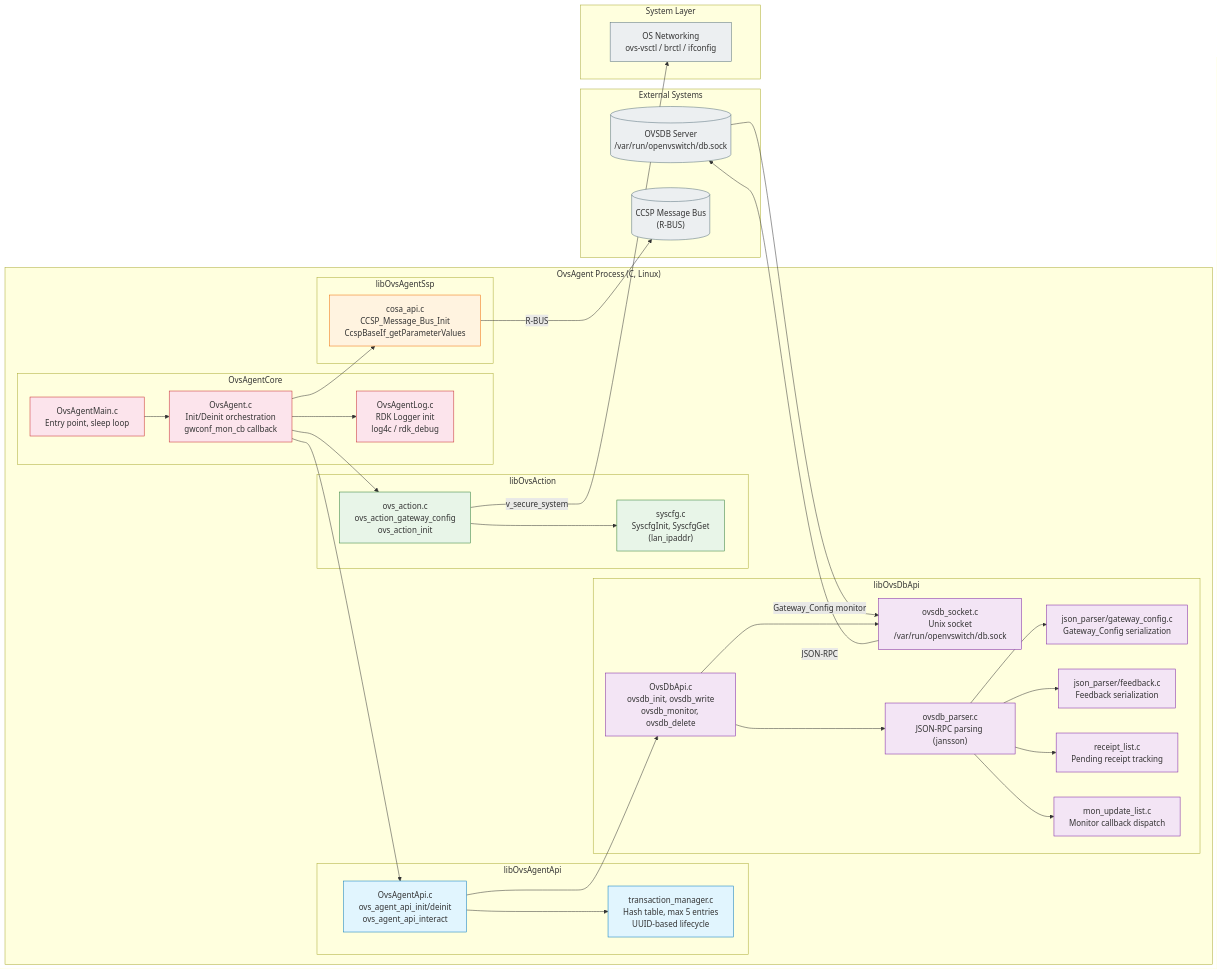
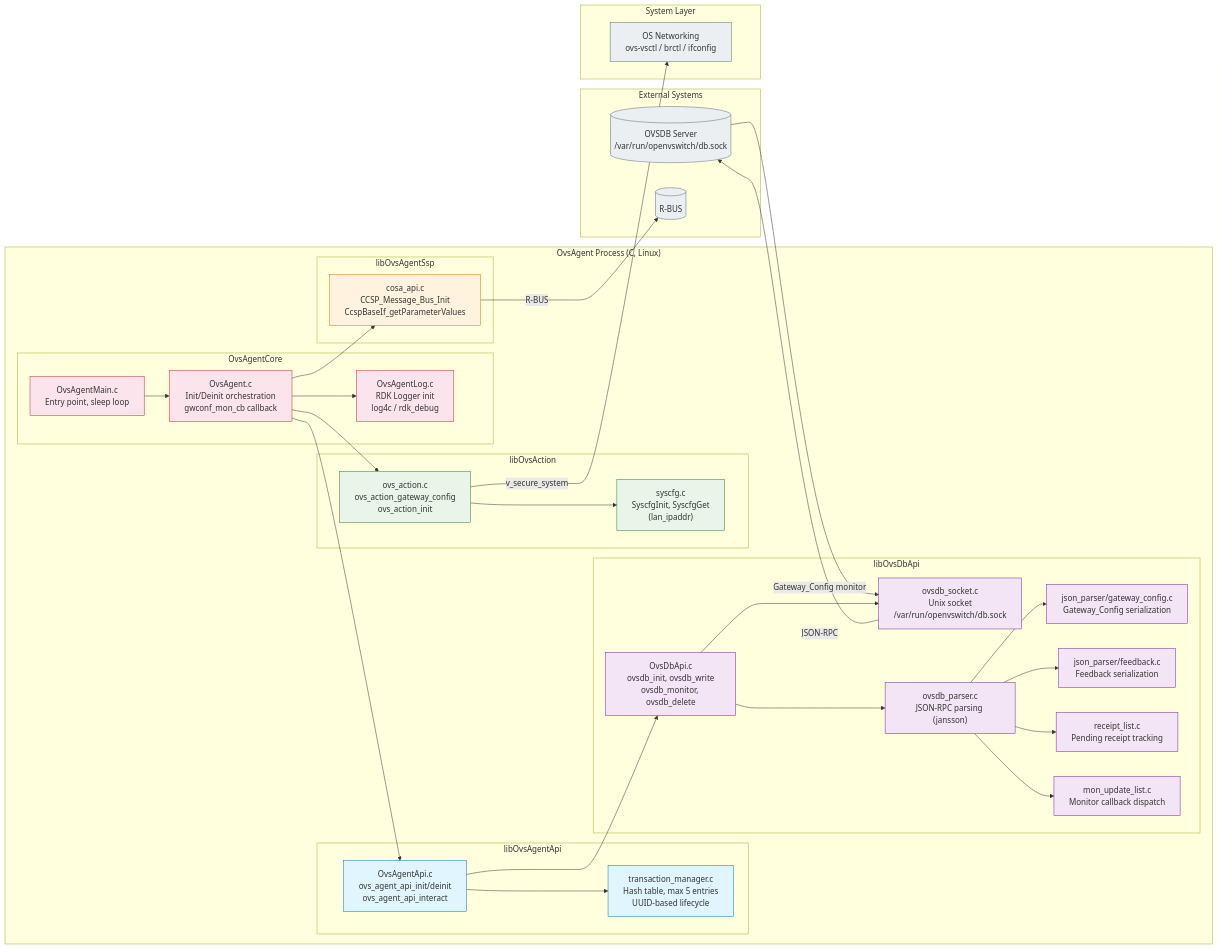
Before and after one commit to rns21/RDK_Documentation: the second of 6 diagrams in docs/docu/dec17/open-virtual-switch-agent.md, drawn with Mermaid. The commit also changed other lines of this file, not shown here.

````diff
--- a/docs/docu/dec17/open-virtual-switch-agent.md
+++ b/docs/docu/dec17/open-virtual-switch-agent.md
@@ -72,76 +72,76 @@
 ```mermaid
 graph LR
     subgraph ExtSys ["External Systems"]
         OvsDbSrv[("OVSDB Server\n/var/run/openvswitch/db.sock")]
-        CcspBus[("CCSP Message Bus\n(R-BUS)")]
+        CcspBus[("R-BUS")]
     end
 
     subgraph OvsAgentProc ["OvsAgent Process (C, Linux)"]
         subgraph Core ["OvsAgentCore"]
             Main["OvsAgentMain.c\nEntry point, sleep loop"]
             Agent["OvsAgent.c\nInit/Deinit orchestration\ngwconf_mon_cb callback"]
             Log["OvsAgentLog.c\nRDK Logger init\nlog4c / rdk_debug"]
         end
 
         subgraph ApiLib ["libOvsAgentApi"]
             Api["OvsAgentApi.c\novs_agent_api_init/deinit\novs_agent_api_interact"]
             TxMgr["transaction_manager.c\nHash table, max 5 entries\nUUID-based lifecycle"]
         end
 
         subgraph DbLib ["libOvsDbApi"]
             DbApi["OvsDbApi.c\novsdb_init, ovsdb_write\novsdb_monitor, ovsdb_delete"]
             Sock["ovsdb_socket.c\nUnix socket\n/var/run/openvswitch/db.sock"]
             Parser["ovsdb_parser.c\nJSON-RPC parsing (jansson)"]
             GwJson["json_parser/gateway_config.c\nGateway_Config serialization"]
             FbJson["json_parser/feedback.c\nFeedback serialization"]
             RecvList["receipt_list.c\nPending receipt tracking"]
             MonList["mon_update_list.c\nMonitor callback dispatch"]
         end
 
         subgraph ActionLib ["libOvsAction"]
             Action["ovs_action.c\novs_action_gateway_config\novs_action_init"]
             Syscfg["syscfg.c\nSyscfgInit, SyscfgGet\n(lan_ipaddr)"]
         end
 
         subgraph SspLib ["libOvsAgentSsp"]
             Cosa["cosa_api.c\nCCSP_Message_Bus_Init\nCcspBaseIf_getParameterValues"]
         end
     end
 
     subgraph OsLayer ["System Layer"]
         OsNet["OS Networking\novs-vsctl / brctl / ifconfig"]
     end
 
     OvsDbSrv -->|"Gateway_Config monitor"| Sock
     Main --> Agent
     Agent --> Log
     Agent --> Api
     Agent --> Action
     Agent --> Cosa
     Api --> TxMgr
     Api --> DbApi
     DbApi --> Sock
     DbApi --> Parser
     Parser --> GwJson
     Parser --> FbJson
     Parser --> RecvList
     Parser --> MonList
     Action --> Syscfg
     Sock -->|"JSON-RPC"| OvsDbSrv
     Cosa -->|"R-BUS"| CcspBus
     Action -->|"v_secure_system"| OsNet
 
     classDef coreStyle fill:#fce4ec,stroke:#c62828,stroke-width:1px;
     classDef apiStyle fill:#e1f5fe,stroke:#0277bd,stroke-width:1px;
     classDef dbStyle fill:#f3e5f5,stroke:#7b1fa2,stroke-width:1px;
     classDef actionStyle fill:#e8f5e8,stroke:#2e7d32,stroke-width:1px;
     classDef sspStyle fill:#fff3e0,stroke:#ef6c00,stroke-width:1px;
     classDef extStyle fill:#eceff1,stroke:#546e7a,stroke-width:1px;
 
     class Main,Agent,Log coreStyle;
     class Api,TxMgr apiStyle;
     class DbApi,Sock,Parser,GwJson,FbJson,RecvList,MonList dbStyle;
     class Action,Syscfg actionStyle;
     class Cosa sspStyle;
     class OvsDbSrv,CcspBus,OsNet extStyle;
 ```
````
